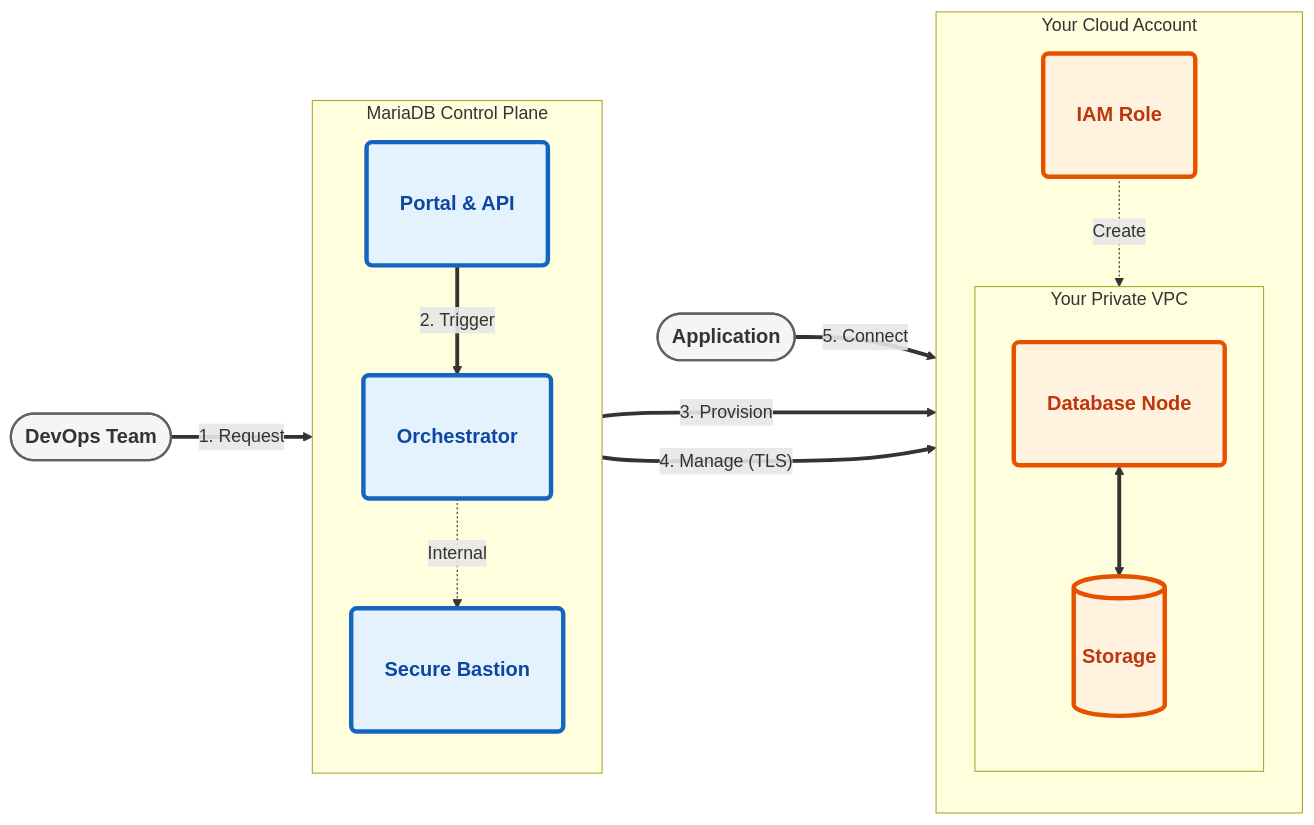
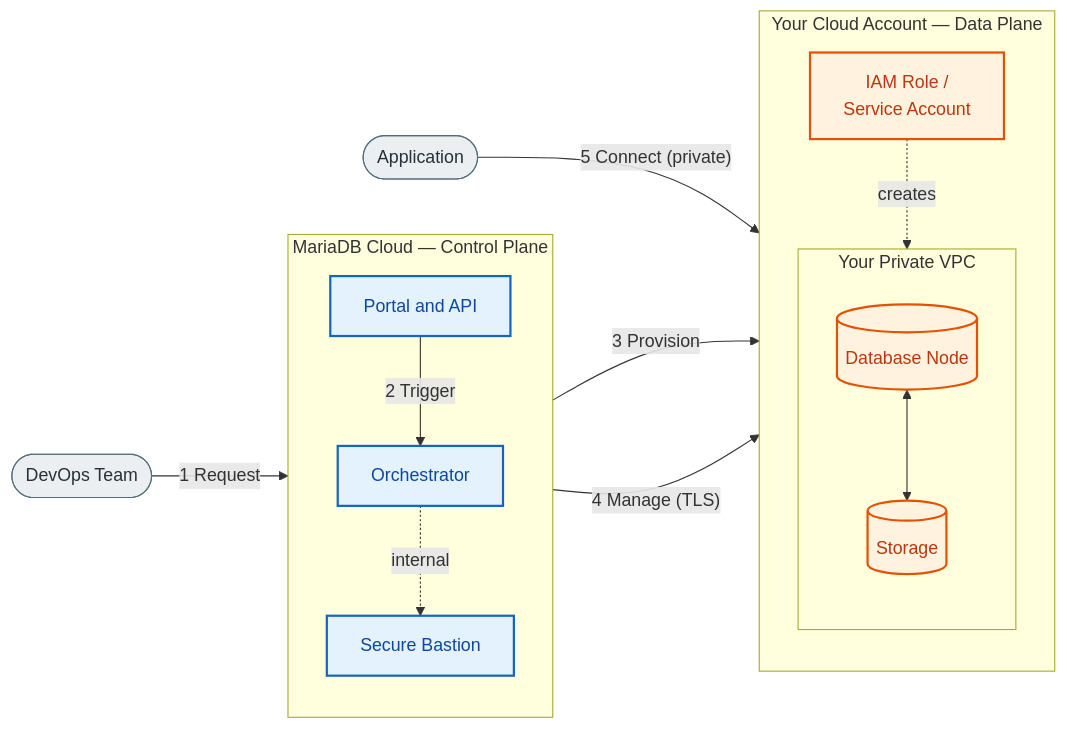
The first of 3 diagrams in mariadb-cloud/quickstart/bring-your-own-account-byoa.md (mariadb-corporation/mariadb-docs), drawn with Mermaid before and after one commit. The commit also changed other lines of this file and 1 other file, not shown here.

First line of the commit message:
DOCS-6320 Fix BYOA page: clean diagrams, correct stale availability note

````diff
--- a/mariadb-cloud/quickstart/bring-your-own-account-byoa.md
+++ b/mariadb-cloud/quickstart/bring-your-own-account-byoa.md
@@ -14,46 +14,35 @@
 ```mermaid
 flowchart LR
-    %% BIG BLOCK STYLE - Aiven-like Visibility
-    %% ---------------------------------------------------------
-    classDef control fill:#e3f2fd,stroke:#1565c0,stroke-width:4px,color:#0d47a1,font-size:18px,font-weight:bold,rx:5,ry:5,min-width:180px,padding:15px;
-    classDef data fill:#fff3e0,stroke:#e65100,stroke-width:4px,color:#bf360c,font-size:18px,font-weight:bold,rx:5,ry:5,min-width:180px,padding:15px;
-    classDef external fill:#f5f5f5,stroke:#616161,stroke-width:2px,font-size:18px,font-weight:bold,min-width:150px;
+    classDef control fill:#e3f2fd,stroke:#1565c0,stroke-width:2px,color:#0d47a1;
+    classDef data fill:#fff3e0,stroke:#e65100,stroke-width:2px,color:#bf360c;
+    classDef external fill:#eceff1,stroke:#546e7a,stroke-width:1px,color:#263238;
 
-    %% Actors
     User([DevOps Team]):::external
     App([Application]):::external
 
-    %% 1. CONTROL PLANE (Left)
-    subgraph MariaDB_Cloud ["MariaDB Control Plane"]
+    subgraph CP ["MariaDB Cloud — Control Plane"]
         direction TB
-        Portal["Portal & API"]:::control
+        Portal["Portal and API"]:::control
         Orch["Orchestrator"]:::control
         Bastion["Secure Bastion"]:::control
     end
 
-    %% 2. DATA PLANE (Right)
-    subgraph Customer_Cloud ["Your Cloud Account"]
+    subgraph CU ["Your Cloud Account — Data Plane"]
         direction TB
-        IAM["IAM Role"]:::data
-        
+        IAM["IAM Role /<br/>Service Account"]:::data
         subgraph VPC ["Your Private VPC"]
             direction TB
-            DB["Database Node"]:::data
+            DB[("Database Node")]:::data
             Storage[("Storage")]:::data
         end
     end
 
-    %% CONNECTIONS (Thick & Clear)
-    User ==>|"1. Request"| Portal
-    Portal ==>|"2. Trigger"| Orch
-    
-    Orch ==>|"3. Provision"| IAM
-    IAM -.->|"Create"| VPC
-    
-    %% CORRECTED SECURE BASTION FLOW
-    Orch -.->|"Internal"| Bastion
-    Bastion ===>|"4. Manage (TLS)"| DB
-
-    App ==>|"5. Connect"| DB
-    DB <==> Storage
+    User -->|"1 Request"| Portal
+    Portal -->|"2 Trigger"| Orch
+    Orch -->|"3 Provision"| IAM
+    IAM -.->|"creates"| VPC
+    Orch -.->|"internal"| Bastion
+    Bastion -->|"4 Manage (TLS)"| DB
+    App -->|"5 Connect (private)"| DB
+    DB <--> Storage
 ```
````
